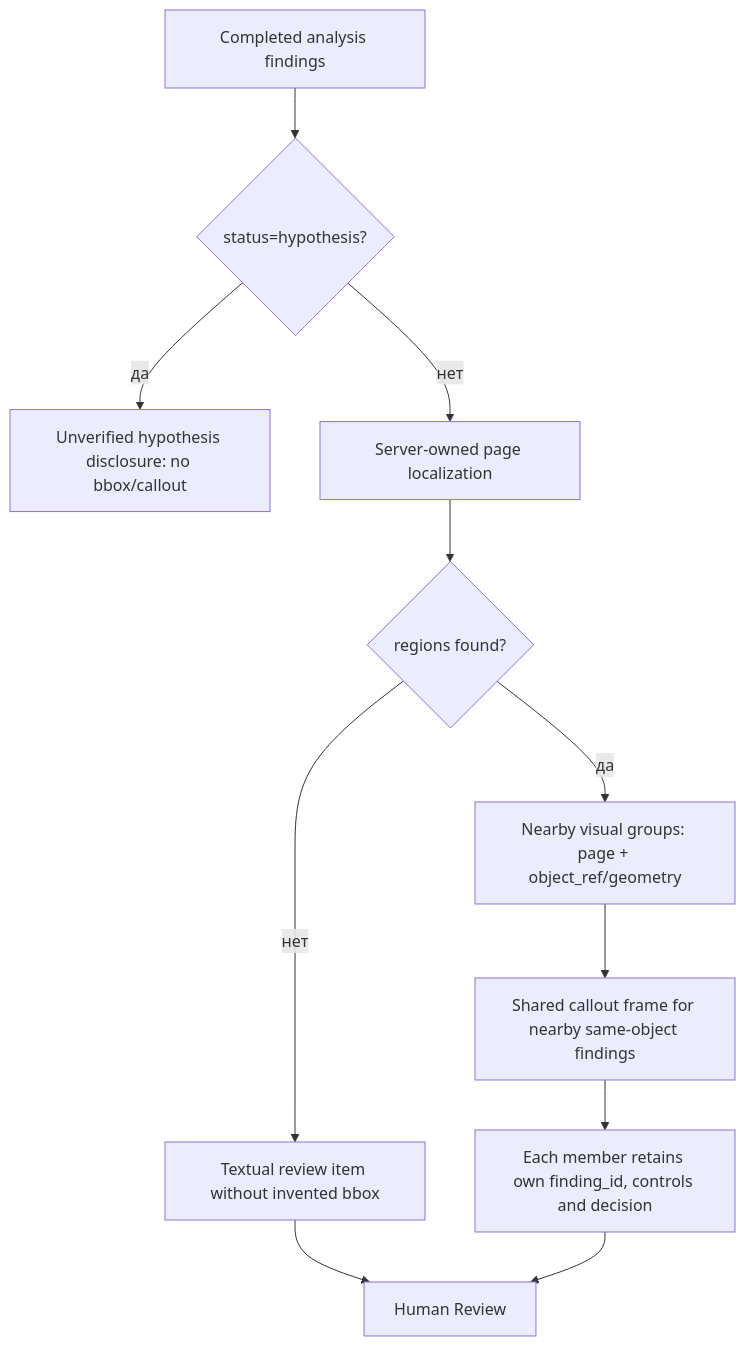
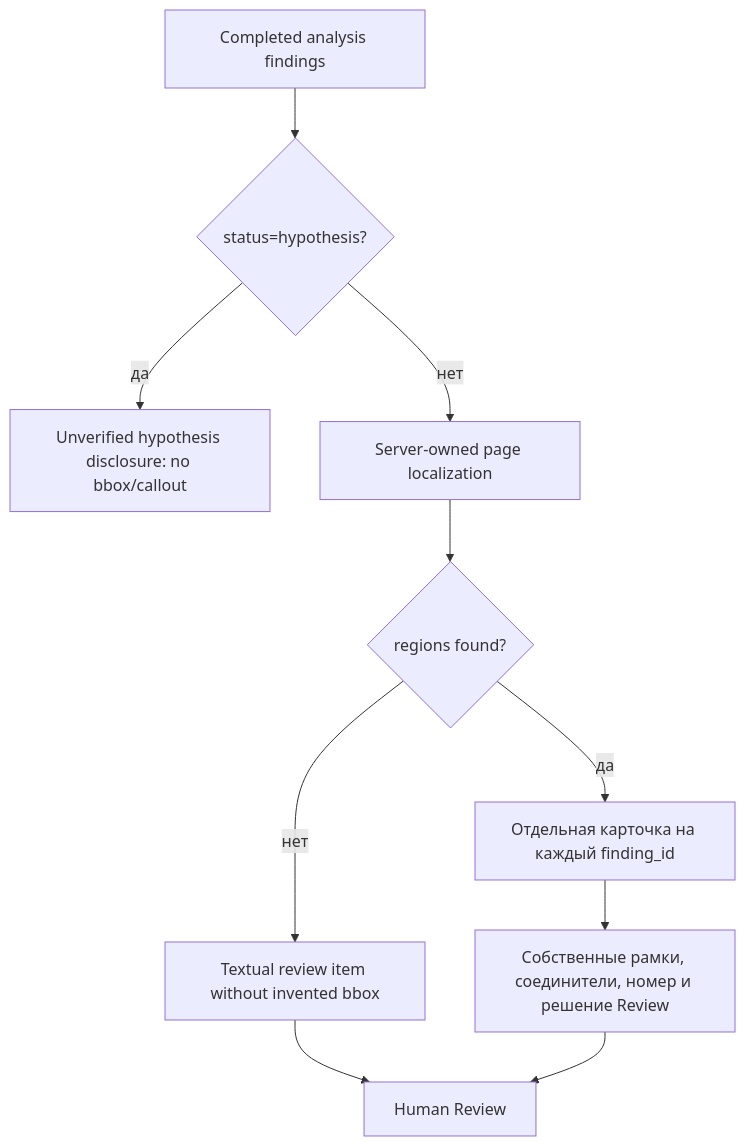
Before and after one commit to Amadu-A/PDRD-validation: diagram 25 of 34 in README.md, drawn with Mermaid. The commit also changed other lines of this file and 35 other files, not shown here.

Commit message:
fix(review): separate finding cards and preserve geometry

````diff
--- a/README.md
+++ b/README.md
@@ -1149,13 +1149,12 @@
 ```mermaid
 flowchart TD
     RAW["Completed analysis findings"] --> CLASS{"status=hypothesis?"}
     CLASS -->|да| H["Unverified hypothesis disclosure: no bbox/callout"]
     CLASS -->|нет| LOC["Server-owned page localization"]
     LOC --> HAS{"regions found?"}
     HAS -->|нет| TEXT["Textual review item without invented bbox"]
-    HAS -->|да| GROUP["Nearby visual groups: page + object_ref/geometry"]
-    GROUP --> SHARED["Shared callout frame for nearby same-object findings"]
-    SHARED --> IDS["Each member retains own finding_id, controls and decision"]
+    HAS -->|да| CARD["Отдельная карточка на каждый finding_id"]
+    CARD --> IDS["Собственные рамки, соединители, номер и решение Review"]
     TEXT --> REVIEW["Human Review"]
     IDS --> REVIEW
 ```
````
